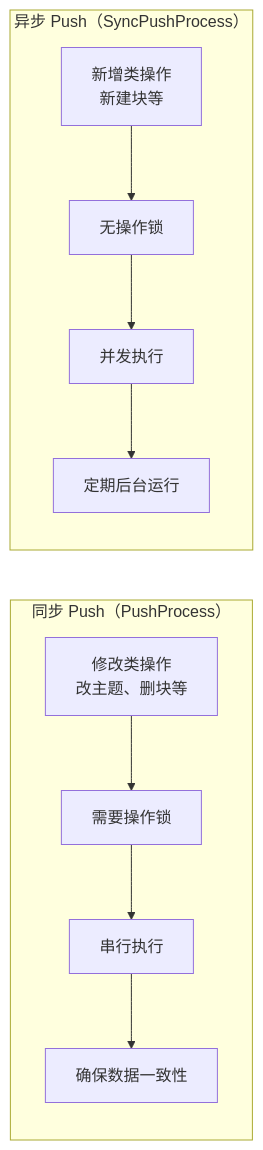
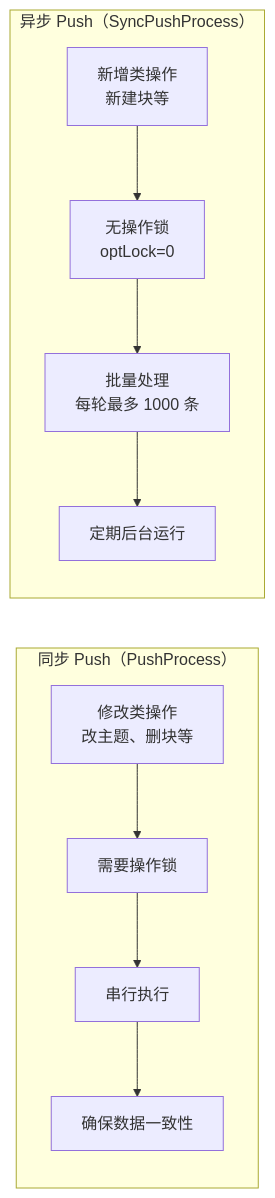
Before and after one commit to LucisXu/jotmo-skills: the sixth of 33 diagrams in 多端同步流程图.md, drawn with Mermaid. The commit also changed other lines of this file, not shown here.

````diff
--- a/多端同步流程图.md
+++ b/多端同步流程图.md
@@ -185,18 +193,18 @@
 ```mermaid
 flowchart LR
     subgraph SyncPush["同步 Push（PushProcess）"]
         SP1["修改类操作<br/>改主题、删块等"]
         SP2["需要操作锁"]
         SP3["串行执行"]
         SP4["确保数据一致性"]
         SP1 --> SP2 --> SP3 --> SP4
     end
 
     subgraph AsyncPush["异步 Push（SyncPushProcess）"]
         AP1["新增类操作<br/>新建块等"]
-        AP2["无操作锁"]
-        AP3["并发执行"]
+        AP2["无操作锁<br/>optLock=0"]
+        AP3["批量处理<br/>每轮最多 1000 条"]
         AP4["定期后台运行"]
         AP1 --> AP2 --> AP3 --> AP4
     end
 ```
````
